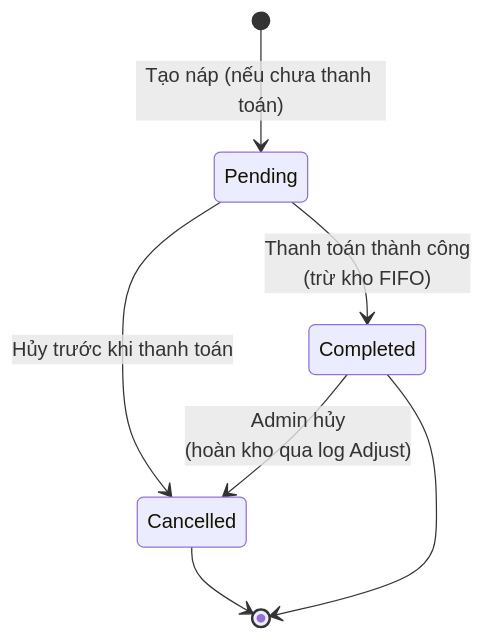
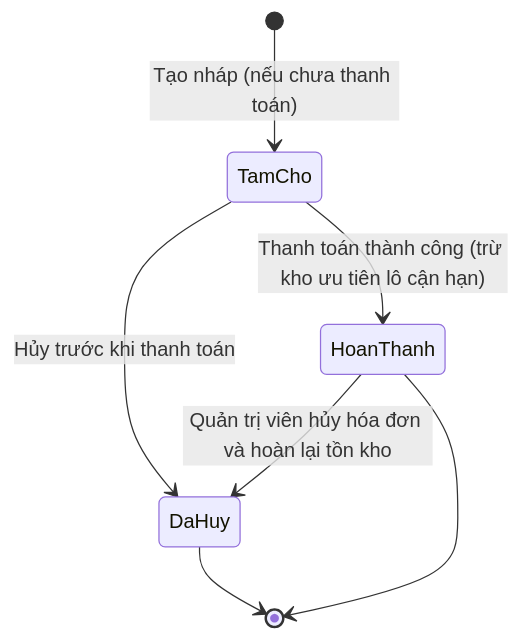
Before and after one commit to Vinhbui2123/QuanLyTapHoa_ABP: diagram 12 of 12 in pttk.md, drawn with Mermaid. The commit also changed other lines of this file and 54 other files, not shown here.

````diff
--- a/pttk.md
+++ b/pttk.md
@@ -566,9 +1098,9 @@
 ```mermaid
 stateDiagram-v2
-	[*] --> Pending: Tạo náp (nếu chưa thanh toán)
-	Pending --> Completed: Thanh toán thành công<br>(trừ kho FIFO)
-	Pending --> Cancelled: Hủy trước khi thanh toán
-	Completed --> Cancelled: Admin hủy<br>(hoàn kho qua log Adjust)
-	Cancelled --> [*]
-	Completed --> [*]
+    [*] --> TamCho: Tạo nháp (nếu chưa thanh toán)
+    TamCho --> HoanThanh: Thanh toán thành công (trừ kho ưu tiên lô cận hạn)
+    TamCho --> DaHuy: Hủy trước khi thanh toán
+    HoanThanh --> DaHuy: Quản trị viên hủy hóa đơn và hoàn lại tồn kho
+    DaHuy --> [*]
+    HoanThanh --> [*]
 ```
````
